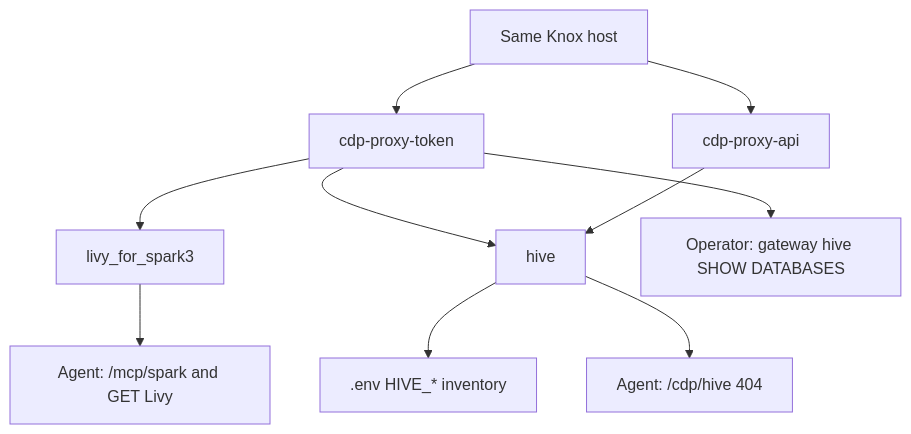
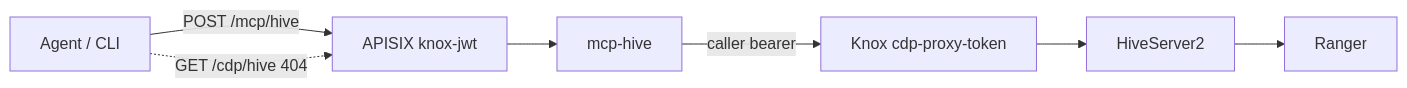
One commit to BrooksIan/CDPAgentGateway changed the first of 2 diagrams in docs/hive.md. Above: the diagram before and after it, drawn with Mermaid. The commit also changed other lines of this file and 52 other files, not shown here.

````diff
--- a/docs/hive.md
+++ b/docs/hive.md
@@ -18,22 +13,16 @@
 ```mermaid
-flowchart TB
-  host["Same Knox host"]
-  token["cdp-proxy-token"]
-  api["cdp-proxy-api"]
-  livy["livy_for_spark3"]
-  hive["hive"]
-  sparkRoute["Agent: /mcp/spark and GET Livy"]
-  hiveInv[".env HIVE_* inventory"]
-  hive404["Agent: /cdp/hive 404"]
-  hiveOp["Operator: gateway hive SHOW DATABASES"]
+flowchart LR
+  agent["Agent / CLI"]
+  apisix["APISIX knox-jwt"]
+  mcp["mcp-hive"]
+  knox["Knox cdp-proxy-token"]
+  hs2["HiveServer2"]
+  ranger["Ranger"]
 
-  host --> token
-  host --> api
-  token --> livy
-  token --> hive
-  api --> hive
-  livy --> sparkRoute
-  hive --> hiveInv
-  hive --> hive404
-  token --> hiveOp
+  agent -->|"POST /mcp/hive"| apisix
+  agent -.->|"GET /cdp/hive 404"| apisix
+  apisix --> mcp
+  mcp -->|"caller bearer"| knox
+  knox --> hs2
+  hs2 --> ranger
 ```
````
